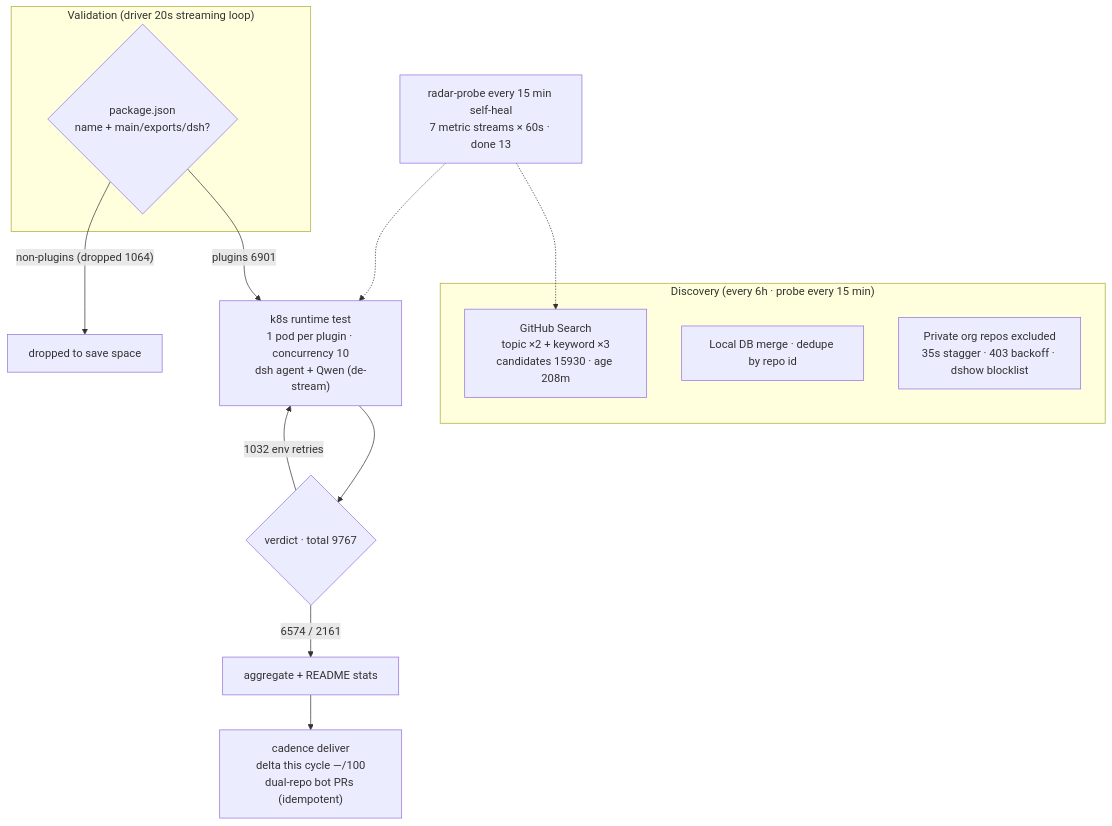
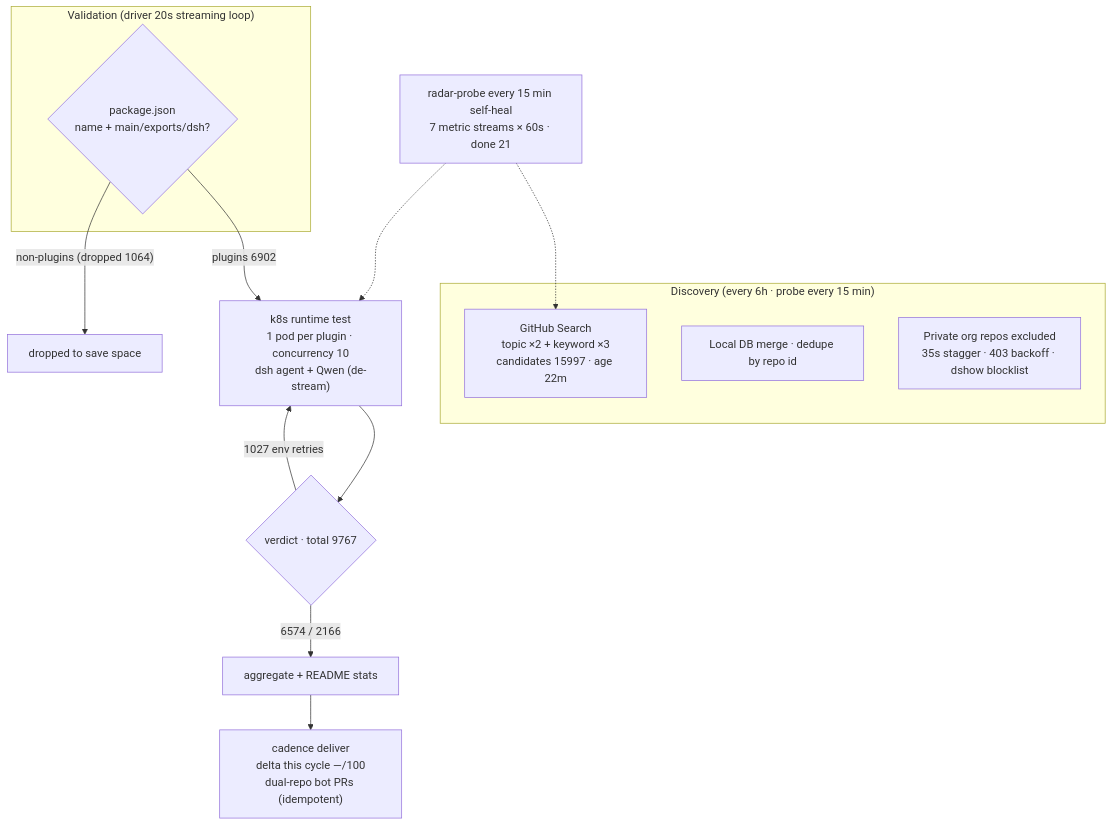
One commit to AdamPlatin123/awesome-dsh-plugins changed the diagram in README.en-US.md. Above: the diagram before and after it, drawn with Mermaid. The commit also changed other lines of this file and 4 other files, not shown here.

````diff
--- a/README.en-US.md
+++ b/README.en-US.md
@@ -30,20 +30,20 @@
 ```mermaid
 flowchart TB
     subgraph Discovery["Discovery (every 6h · probe every 15 min)"]
-        A1["GitHub Search<br/>topic ×2 + keyword ×3<br/>candidates 15930 · age 208m"]
+        A1["GitHub Search<br/>topic ×2 + keyword ×3<br/>candidates 15997 · age 22m"]
         A2["Local DB merge · dedupe by repo id"]
         A3["Private org repos excluded<br/>35s stagger · 403 backoff · dshow blocklist"]
     end
     subgraph Validation["Validation (driver 20s streaming loop)"]
         B1{"package.json<br/>name + main/exports/dsh?"}
     end
-    B1 -->|"plugins 6901"| C1["k8s runtime test<br/>1 pod per plugin · concurrency 10<br/>dsh agent + Qwen (de-stream)"]
+    B1 -->|"plugins 6902"| C1["k8s runtime test<br/>1 pod per plugin · concurrency 10<br/>dsh agent + Qwen (de-stream)"]
     B1 -->|"non-plugins (dropped 1064)"| B3["dropped to save space"]
     C1 --> D1{"verdict · total 9767"}
-    D1 -->|"6574 / 2161"| E1["aggregate + README stats"]
-    D1 -->|"1032 env retries"| C1
+    D1 -->|"6574 / 2166"| E1["aggregate + README stats"]
+    D1 -->|"1027 env retries"| C1
     E1 --> E2["cadence deliver<br/>delta this cycle —/100<br/>dual-repo bot PRs (idempotent)"]
-    M["radar-probe every 15 min self-heal<br/>7 metric streams × 60s · done 13"]
+    M["radar-probe every 15 min self-heal<br/>7 metric streams × 60s · done 21"]
     M -.-> A1
     M -.-> C1
 ```
````
